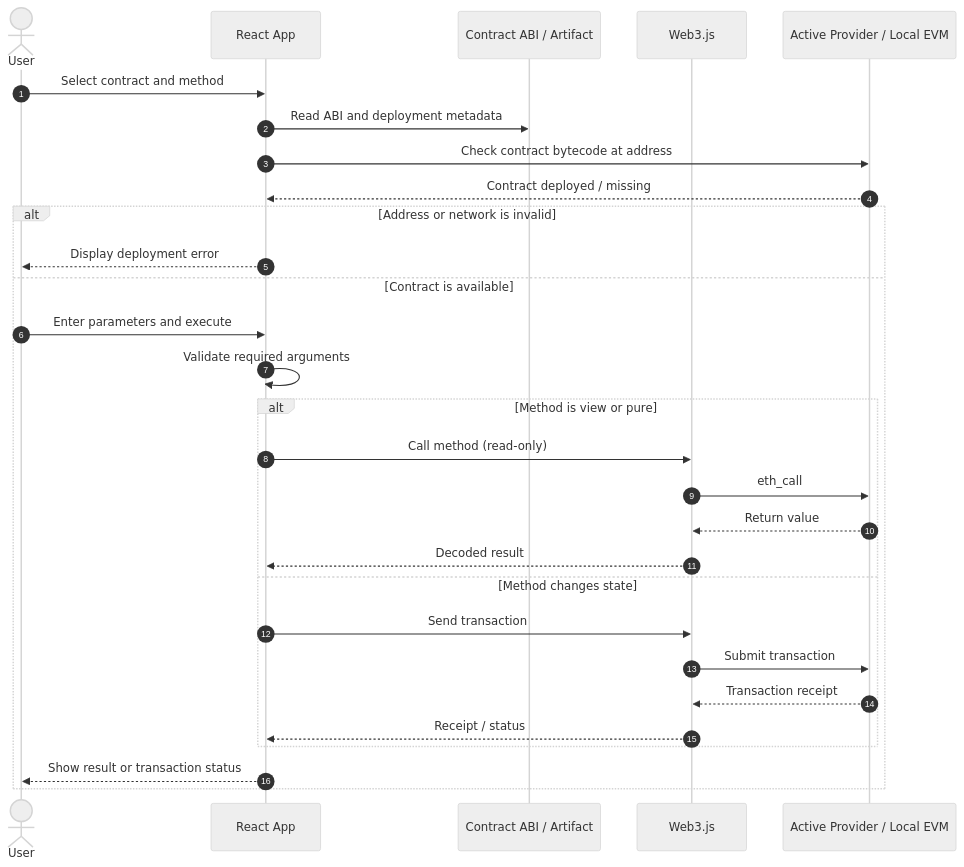
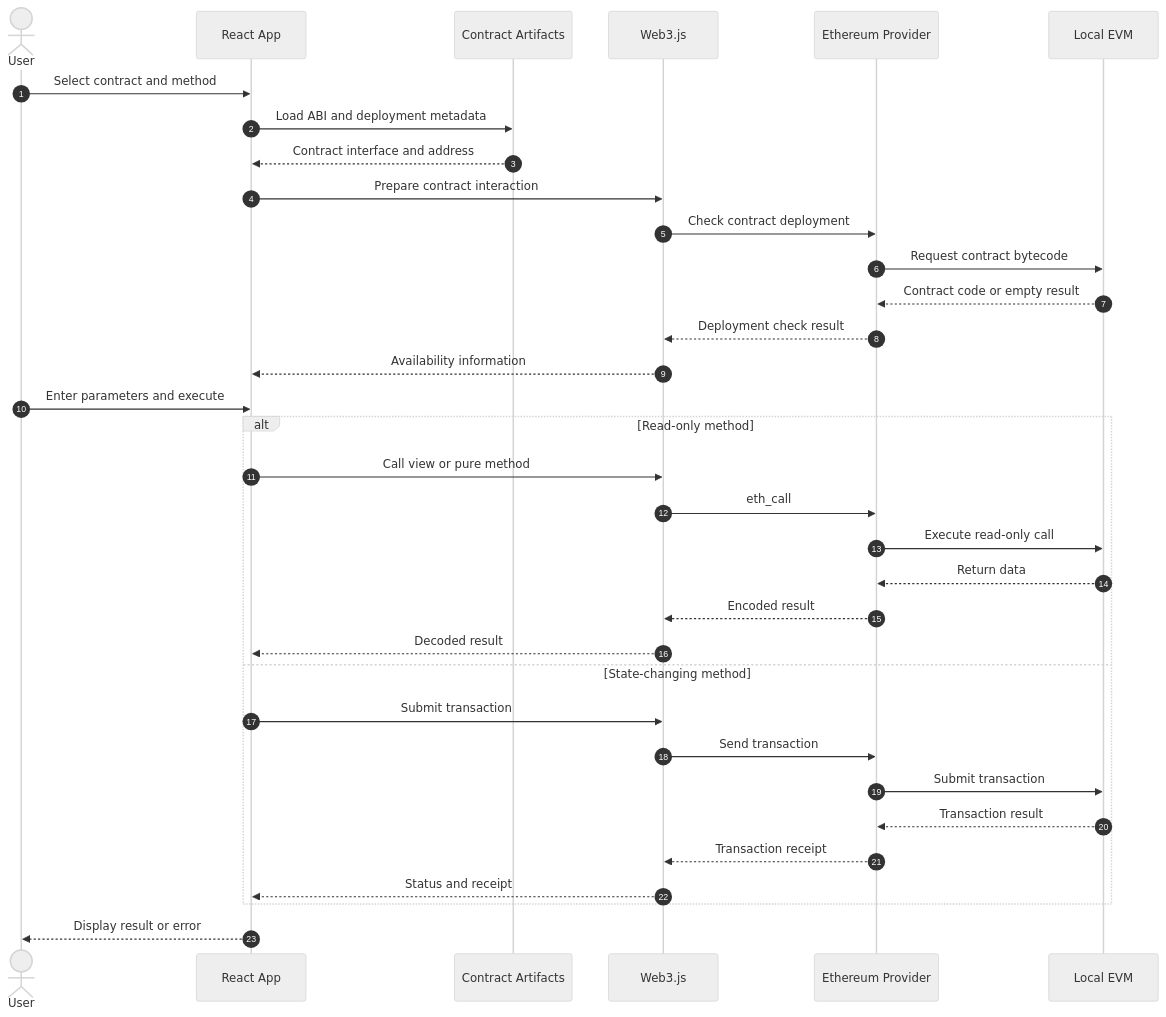
The second of 2 diagrams in README.md (Ellouzati-Mohammed/blockchain_project), drawn with Mermaid (neutral theme) before and after one commit. The commit also changed other lines of this file, not shown here.

````diff
--- a/README.md
+++ b/README.md
@@ -66,33 +134,41 @@
 ```mermaid
 sequenceDiagram
     autonumber
     actor User
     participant UI as React App
-    participant ABI as Contract ABI / Artifact
+    participant ABI as Contract Artifacts
     participant W3 as Web3.js
-    participant Chain as Active Provider / Local EVM
+    participant Provider as Ethereum Provider
+    participant EVM as Local EVM
 
     User->>UI: Select contract and method
-    UI->>ABI: Read ABI and deployment metadata
-    UI->>Chain: Check contract bytecode at address
-    Chain-->>UI: Contract deployed / missing
+    UI->>ABI: Load ABI and deployment metadata
+    ABI-->>UI: Contract interface and address
 
-    alt Address or network is invalid
-        UI-->>User: Display deployment error
-    else Contract is available
-        User->>UI: Enter parameters and execute
-        UI->>UI: Validate required arguments
-        alt Method is view or pure
-            UI->>W3: Call method (read-only)
-            W3->>Chain: eth_call
-            Chain-->>W3: Return value
-            W3-->>UI: Decoded result
-        else Method changes state
-            UI->>W3: Send transaction
-            W3->>Chain: Submit transaction
-            Chain-->>W3: Transaction receipt
-            W3-->>UI: Receipt / status
-        end
-        UI-->>User: Show result or transaction status
+    UI->>W3: Prepare contract interaction
+    W3->>Provider: Check contract deployment
+    Provider->>EVM: Request contract bytecode
+    EVM-->>Provider: Contract code or empty result
+    Provider-->>W3: Deployment check result
+    W3-->>UI: Availability information
+
+    User->>UI: Enter parameters and execute
+
+    alt Read-only method
+        UI->>W3: Call view or pure method
+        W3->>Provider: eth_call
+        Provider->>EVM: Execute read-only call
+        EVM-->>Provider: Return data
+        Provider-->>W3: Encoded result
+        W3-->>UI: Decoded result
+    else State-changing method
+        UI->>W3: Submit transaction
+        W3->>Provider: Send transaction
+        Provider->>EVM: Submit transaction
+        EVM-->>Provider: Transaction result
+        Provider-->>W3: Transaction receipt
+        W3-->>UI: Status and receipt
     end
+
+    UI-->>User: Display result or error
 ```
````
